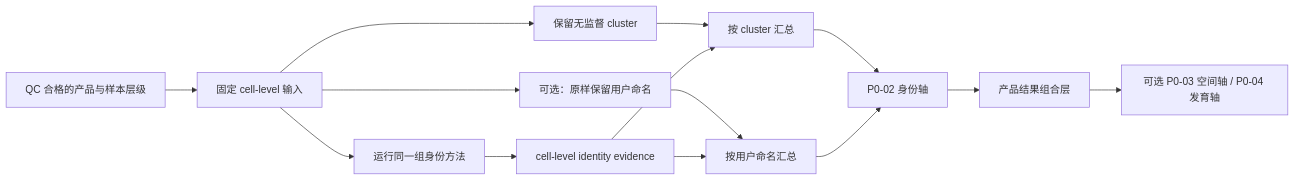
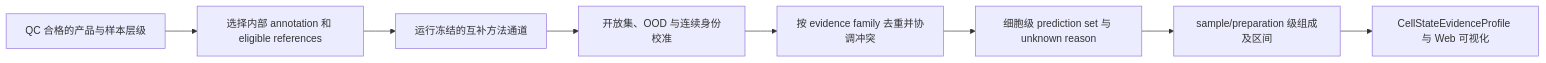
The diagram in docs/bridge_spec_v0.1/cell_state_annotation_task_card.md (starvingarc/BRIDGE), drawn with Mermaid before and after one commit. The commit also changed other lines of this file and 14 other files, not shown here.

````diff
--- a/docs/bridge_spec_v0.1/cell_state_annotation_task_card.md
+++ b/docs/bridge_spec_v0.1/cell_state_annotation_task_card.md
@@ -96,16 +66,10 @@
 ```mermaid
 flowchart LR
-    A["QC 合格的产品与样本层级"] --> B["固定 cell-level 输入"]
-    B --> C["运行同一组身份方法"]
-    B --> D["保留无监督 cluster"]
-    B --> E["可选：原样保留用户命名"]
-    C --> F["cell-level identity evidence"]
-    D --> G["按 cluster 汇总"]
-    E --> H["按用户命名汇总"]
-    F --> G
-    F --> H
-    G --> I["P0-02 身份轴"]
-    H --> I
-    I --> J["产品结果组合层"]
-    J --> K["可选 P0-03 空间轴 / P0-04 发育轴"]
+    A["QC 合格的产品与样本层级"] --> B["选择内部 annotation 和 eligible references"]
+    B --> C["运行冻结的互补方法通道"]
+    C --> D["开放集、OOD 与连续身份校准"]
+    D --> E["按 evidence family 去重并协调冲突"]
+    E --> F["细胞级 prediction set 与 unknown reason"]
+    F --> G["sample/preparation 级组成及区间"]
+    G --> H["CellStateEvidenceProfile 与 Web 可视化"]
 ```
````
